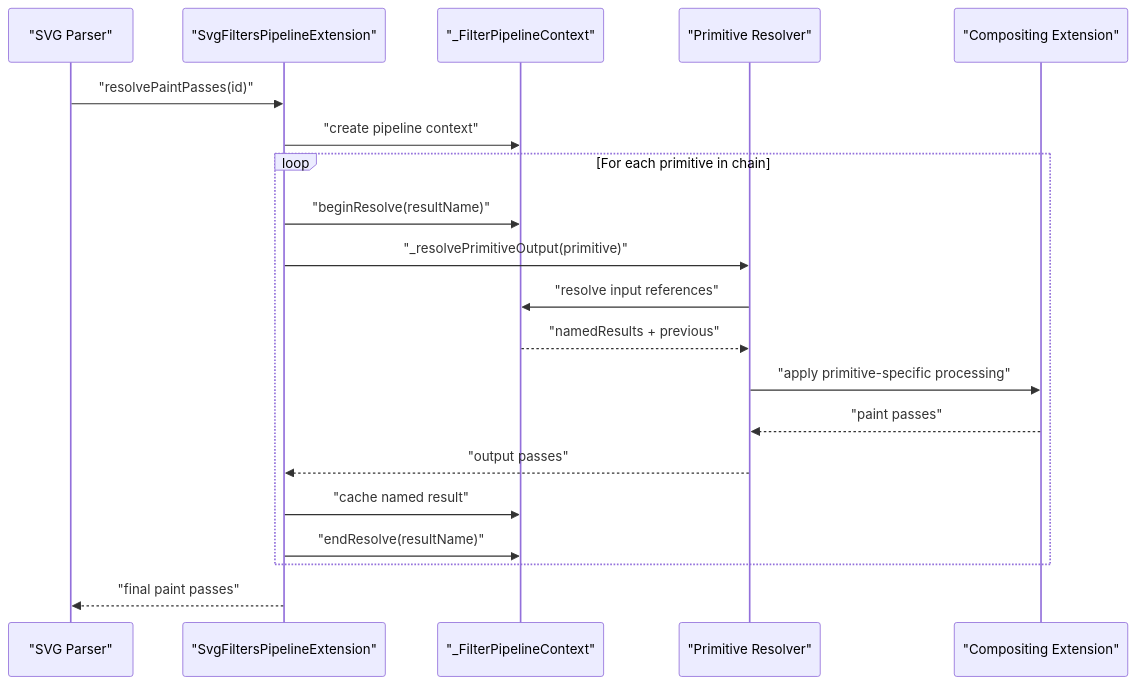
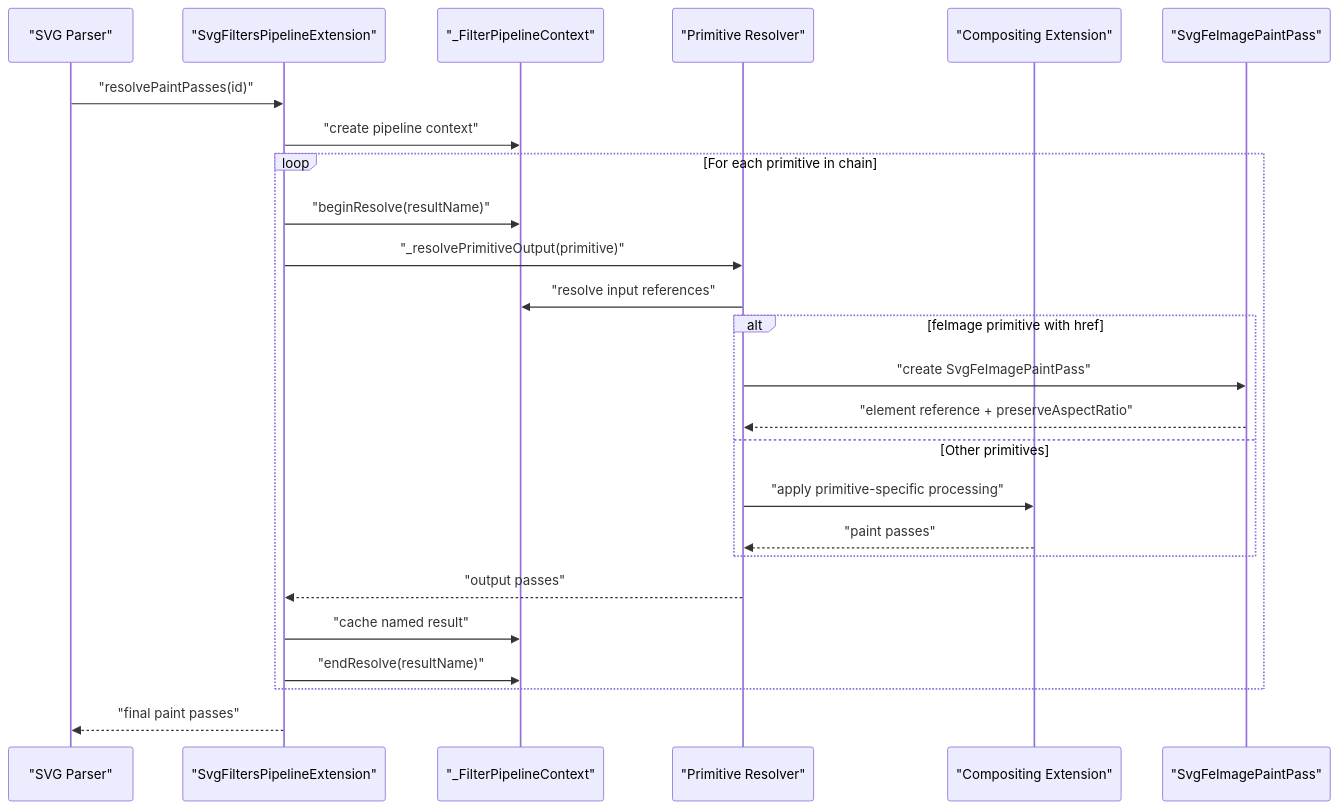
One commit to denisnadey/flutter_full_svg_support changed the second of 5 diagrams in .qoder/repowiki/en/content/Animated SVG Support/Advanced Animation Features/SVG Filters and Effects/SVG Filters and Effects.md. Above: the diagram before and after it, drawn with Mermaid. The commit also changed other lines of this file and 30 other files, not shown here.

First line of the commit message:
feat(svg): enhance use element symbol inheritance with full CSS cascade support

````diff
--- a/.qoder/repowiki/en/content/Animated SVG Support/Advanced Animation Features/SVG Filters and Effects/SVG Filters and Effects.md
+++ b/.qoder/repowiki/en/content/Animated SVG Support/Advanced Animation Features/SVG Filters and Effects/SVG Filters and Effects.md
@@ -146,22 +165,27 @@
 ```mermaid
 sequenceDiagram
 participant Parser as "SVG Parser"
 participant Pipeline as "SvgFiltersPipelineExtension"
 participant Context as "_FilterPipelineContext"
 participant Primitive as "Primitive Resolver"
 participant Compositor as "Compositing Extension"
+participant FeImage as "SvgFeImagePaintPass"
 Parser->>Pipeline : "resolvePaintPasses(id)"
 Pipeline->>Context : "create pipeline context"
 loop For each primitive in chain
 Pipeline->>Context : "beginResolve(resultName)"
 Pipeline->>Primitive : "_resolvePrimitiveOutput(primitive)"
 Primitive->>Context : "resolve input references"
-Context-->>Primitive : "namedResults + previous"
+alt feImage primitive with href
+Primitive->>FeImage : "create SvgFeImagePaintPass"
+FeImage-->>Primitive : "element reference + preserveAspectRatio"
+else Other primitives
 Primitive->>Compositor : "apply primitive-specific processing"
 Compositor-->>Primitive : "paint passes"
+end
 Primitive-->>Pipeline : "output passes"
 Pipeline->>Context : "cache named result"
 Pipeline->>Context : "endResolve(resultName)"
 end
 Pipeline-->>Parser : "final paint passes"
 ```
````
